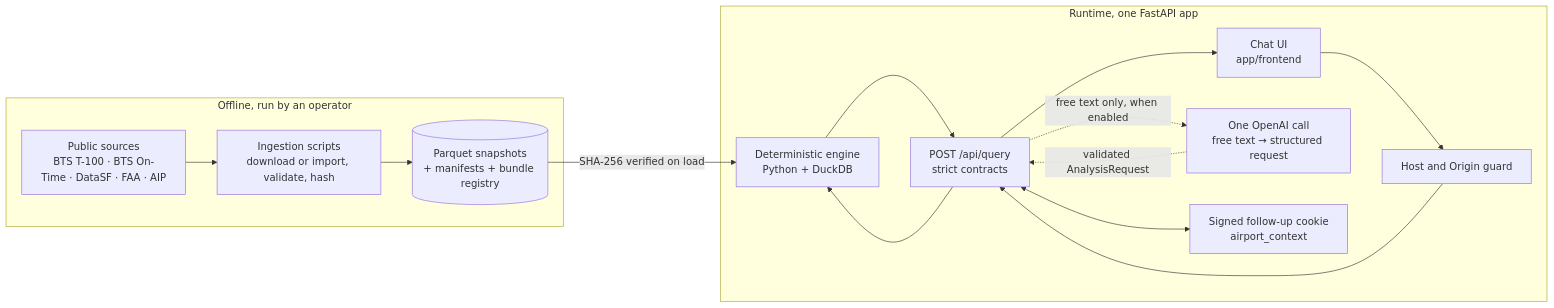
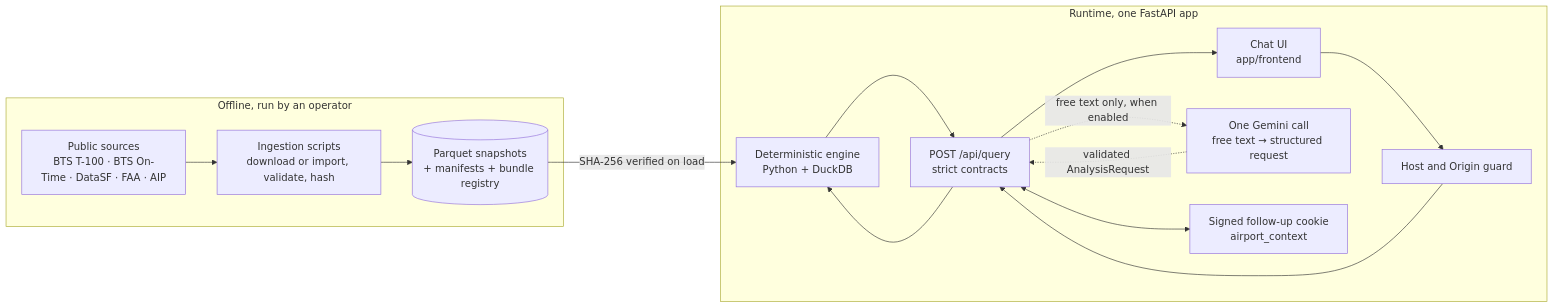
The first of 3 diagrams in README.md (Bar-Bettash/deloitte-home-assignment), drawn with Mermaid before and after one commit. The commit also changed other lines of this file and 13 other files, not shown here.

````diff
--- a/README.md
+++ b/README.md
@@ -39,27 +39,27 @@
 ```mermaid
 flowchart LR
     subgraph Offline["Offline, run by an operator"]
         Src["Public sources<br/>BTS T-100 · BTS On-Time · DataSF · FAA · AIP"]
         Ingest["Ingestion scripts<br/>download or import, validate, hash"]
         Snap[("Parquet snapshots<br/>+ manifests + bundle registry")]
         Src --> Ingest --> Snap
     end
 
     subgraph Runtime["Runtime, one FastAPI app"]
         UI["Chat UI<br/>app/frontend"]
         Guard["Host and Origin guard"]
         API["POST /api/query<br/>strict contracts"]
-        LLM["One OpenAI call<br/>free text → structured request"]
+        LLM["One Gemini call<br/>free text → structured request"]
         Engine["Deterministic engine<br/>Python + DuckDB"]
         Cookie["Signed follow-up cookie<br/>airport_context"]
     end
 
     UI --> Guard --> API
     API -. "free text only, when enabled" .-> LLM
     LLM -. "validated AnalysisRequest" .-> API
     API --> Engine
     Snap -- "SHA-256 verified on load" --> Engine
     Engine --> API
     API <--> Cookie
     API --> UI
 ```
````
